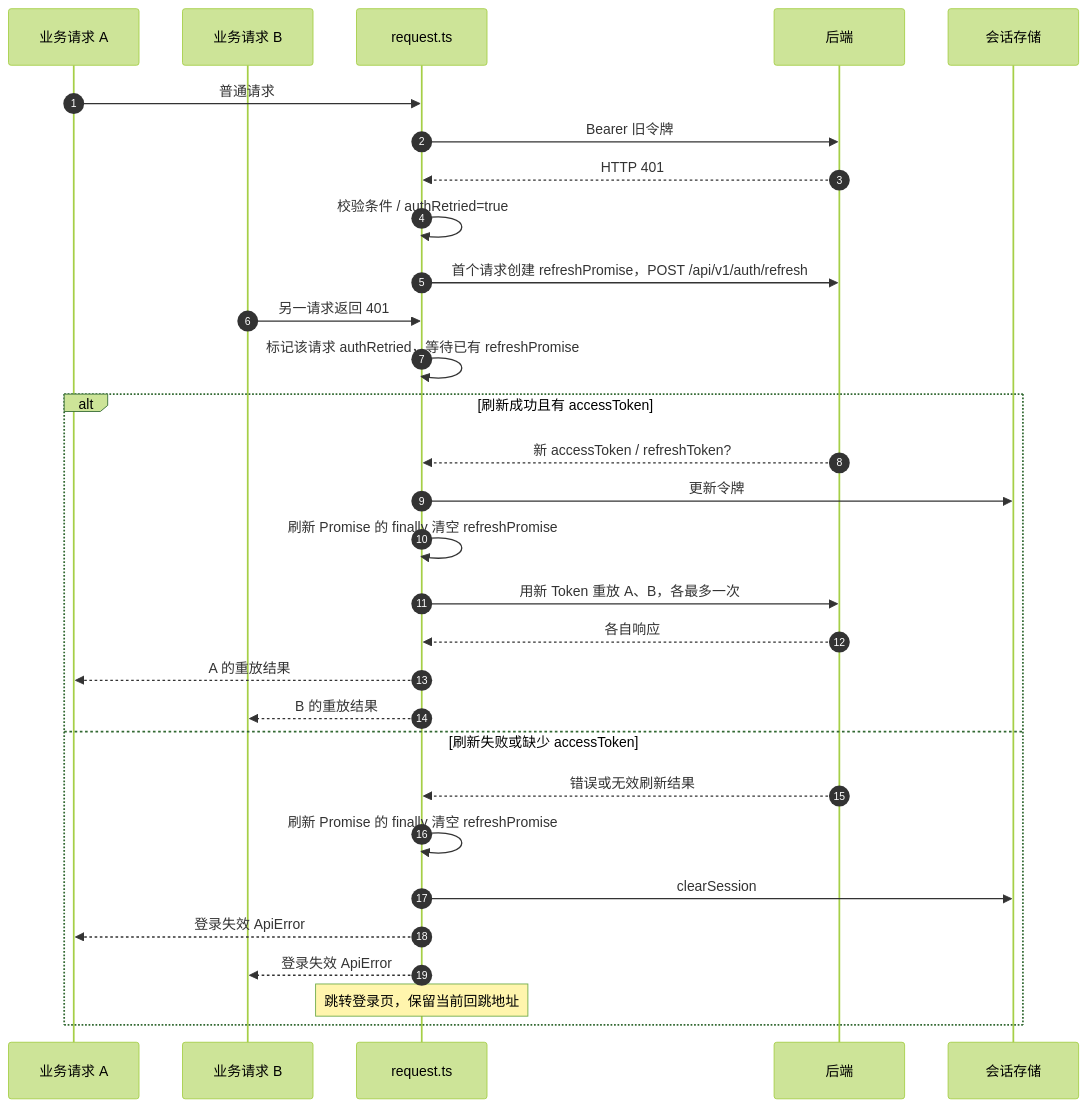
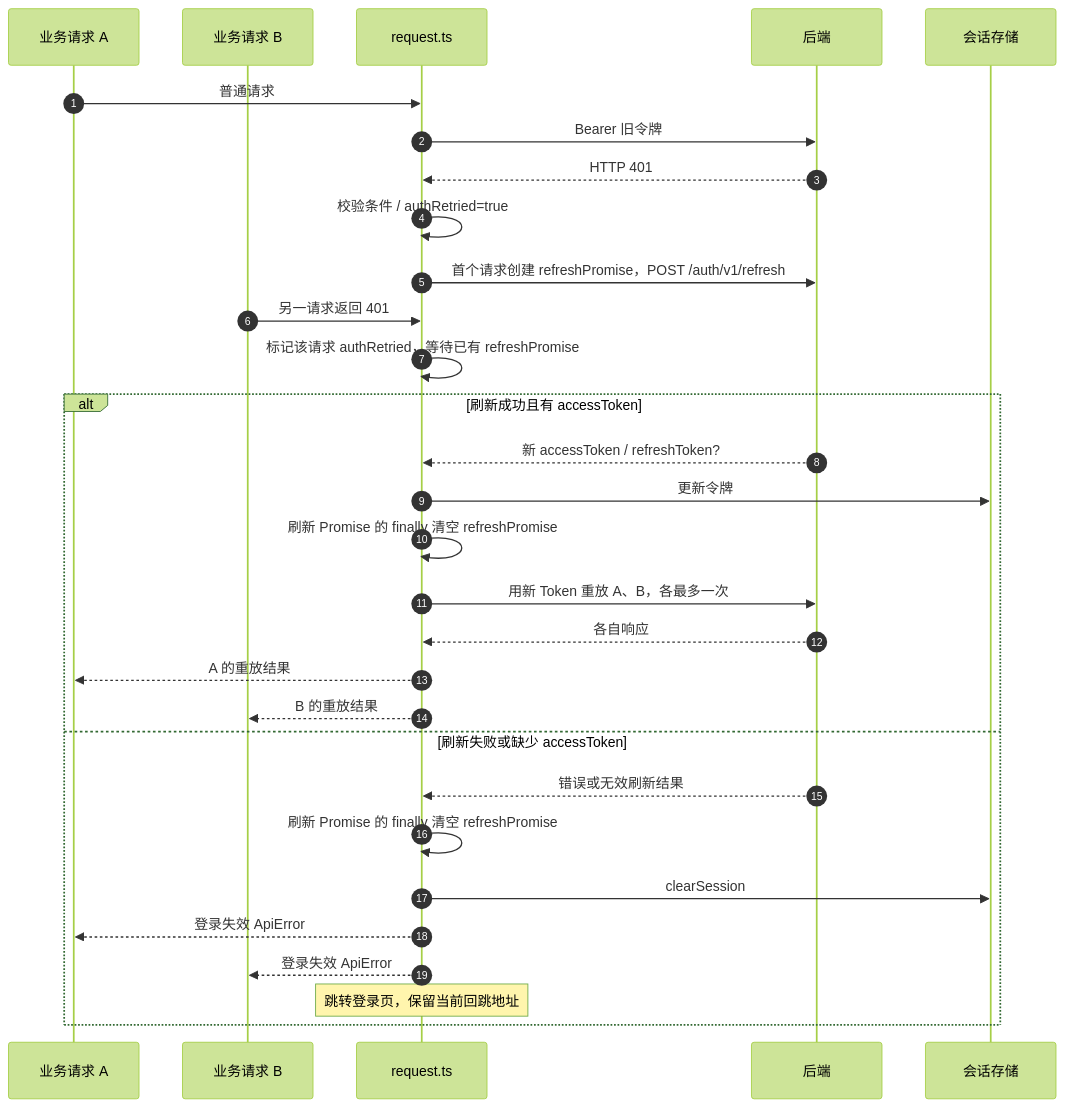
Before and after one commit to apex-cloud-service/apex-admin-web: the eighth of 15 diagrams in AGENTS.md, drawn with Mermaid (forest theme). The commit also changed other lines of this file and 10 other files, not shown here.

````diff
--- a/AGENTS.md
+++ b/AGENTS.md
@@ -341,32 +344,32 @@
 ```mermaid
 sequenceDiagram
     autonumber
     participant C1 as 业务请求 A
     participant C2 as 业务请求 B
     participant R as request.ts
     participant B as 后端
     participant S as 会话存储
     C1->>R: 普通请求
     R->>B: Bearer 旧令牌
     B-->>R: HTTP 401
     R->>R: 校验条件 / authRetried=true
-    R->>B: 首个请求创建 refreshPromise，POST /api/v1/auth/refresh
+    R->>B: 首个请求创建 refreshPromise，POST /auth/v1/refresh
     C2->>R: 另一请求返回 401
     R->>R: 标记该请求 authRetried，等待已有 refreshPromise
     alt 刷新成功且有 accessToken
         B-->>R: 新 accessToken / refreshToken?
         R->>S: 更新令牌
         R->>R: 刷新 Promise 的 finally 清空 refreshPromise
         R->>B: 用新 Token 重放 A、B，各最多一次
         B-->>R: 各自响应
         R-->>C1: A 的重放结果
         R-->>C2: B 的重放结果
     else 刷新失败或缺少 accessToken
         B-->>R: 错误或无效刷新结果
         R->>R: 刷新 Promise 的 finally 清空 refreshPromise
         R->>S: clearSession
         R-->>C1: 登录失效 ApiError
         R-->>C2: 登录失效 ApiError
         Note over R: 跳转登录页，保留当前回跳地址
     end
 ```
````
